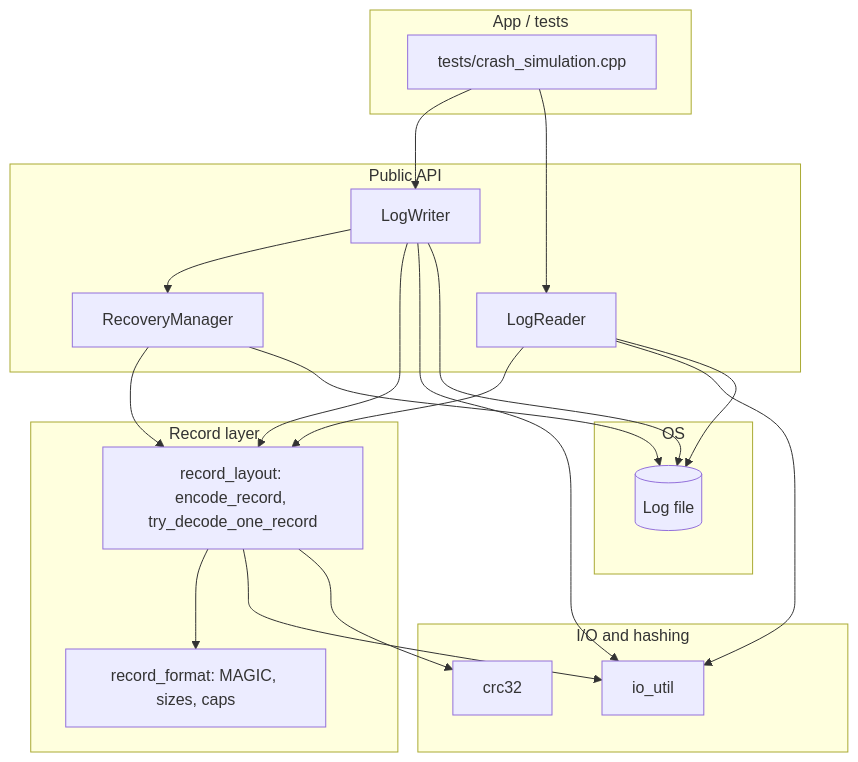
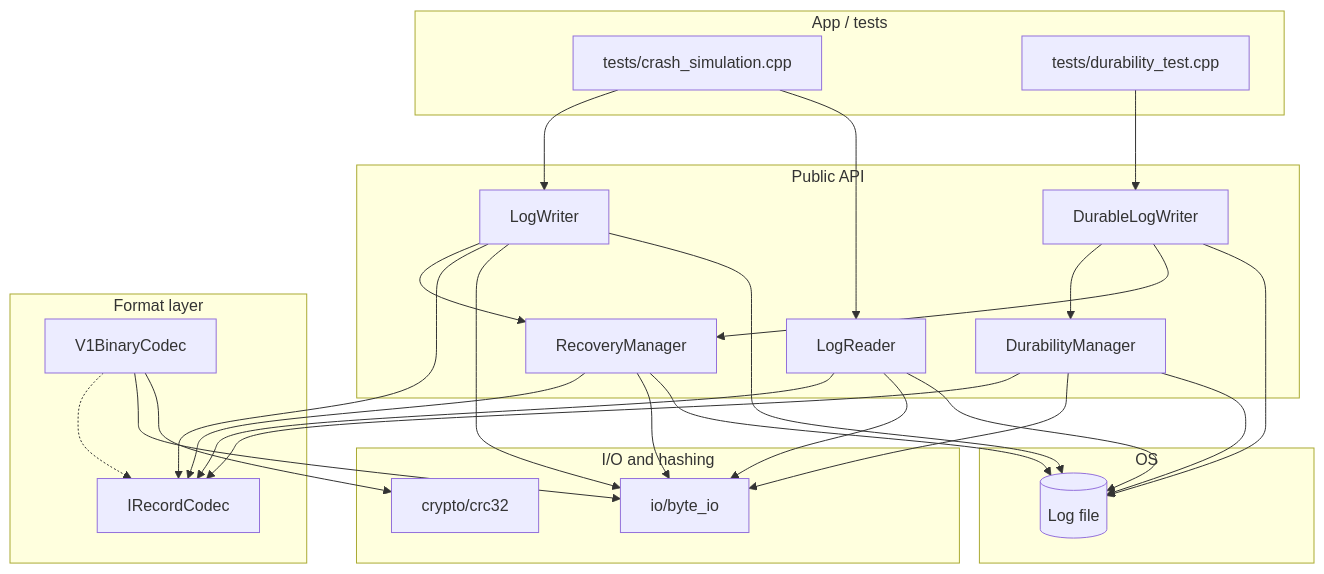
The first of 4 diagrams in docs/architecture.md (arijit780/log_aggregator), drawn with Mermaid before and after one commit. The commit also changed other lines of this file and 37 other files, not shown here.

````diff
--- a/docs/architecture.md
+++ b/docs/architecture.md
@@ -15,41 +18,52 @@
 ```mermaid
 flowchart TB
   subgraph app["App / tests"]
     T[tests/crash_simulation.cpp]
+    DT[tests/durability_test.cpp]
   end
 
   subgraph public_api["Public API"]
     W[LogWriter]
+    DW[DurableLogWriter]
+    DM[DurabilityManager]
     R[LogReader]
     M[RecoveryManager]
   end
 
-  subgraph record["Record layer"]
-    L[record_layout: encode_record, try_decode_one_record]
-    F[record_format: MAGIC, sizes, caps]
+  subgraph record["Format layer"]
+    IC[IRecordCodec]
+    V1[V1BinaryCodec]
   end
 
   subgraph sys["I/O and hashing"]
-    IO[io_util]
-    C[crc32]
+    IO[io/byte_io]
+    C[crypto/crc32]
   end
 
   subgraph disk["OS"]
     FS[(Log file)]
   end
 
   T --> W
   T --> R
+  DT --> DW
+  DW --> DM
+  DW --> M
   W --> M
-  W --> L
+  W --> IC
+  R --> IC
+  M --> IC
+  V1 -.-> IC
   W --> IO
-  R --> L
   R --> IO
-  M --> L
-  L --> F
-  L --> IO
-  L --> C
+  M --> IO
+  V1 --> IO
+  V1 --> C
   W --> FS
   R --> FS
   M --> FS
+  DM --> IC
+  DM --> IO
+  DM --> FS
+  DW --> FS
 ```
````
